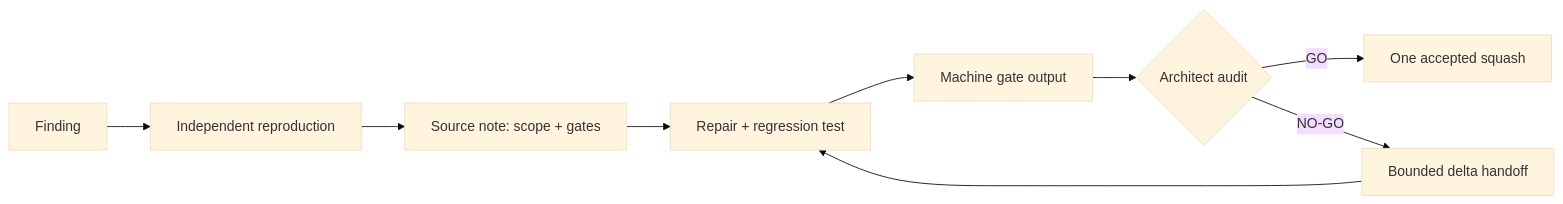
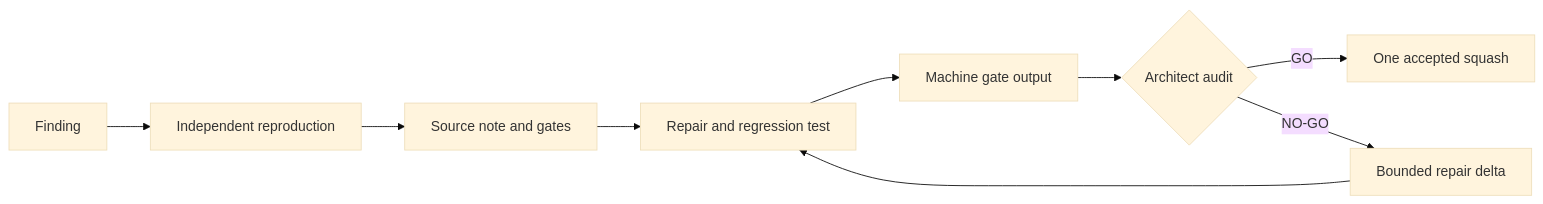
Before and after one commit to SBU-COSMOLIKE/emulators_code_v2: the second of 7 diagrams in ai/README.md, drawn with Mermaid (base theme). The commit also changed other lines of this file and 1 other file, not shown here.

````diff
--- a/ai/README.md
+++ b/ai/README.md
@@ -405,11 +318,11 @@
 ```mermaid
 flowchart LR
   F["Finding"] --> R["Independent reproduction"]
-  R --> S["Source note: scope + gates"]
-  S --> B["Repair + regression test"]
-  B --> G["Machine gate output"]
+  R --> S["Source note and gates"]
+  S --> C["Repair and regression test"]
+  C --> G["Machine gate output"]
   G --> A{"Architect audit"}
-  A -->|GO| C["One accepted squash"]
-  A -->|NO-GO| D["Bounded delta handoff"]
-  D --> B
+  A -->|"GO"| L["One accepted squash"]
+  A -->|"NO-GO"| D["Bounded repair delta"]
+  D --> C
 ```
````
